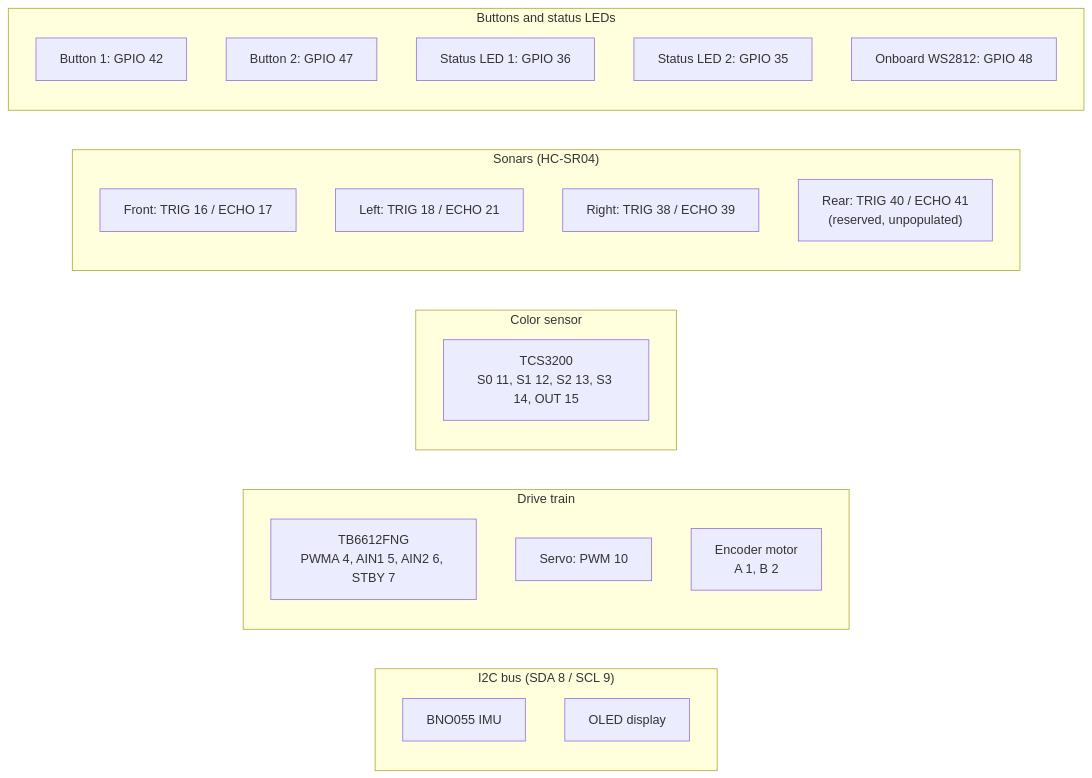
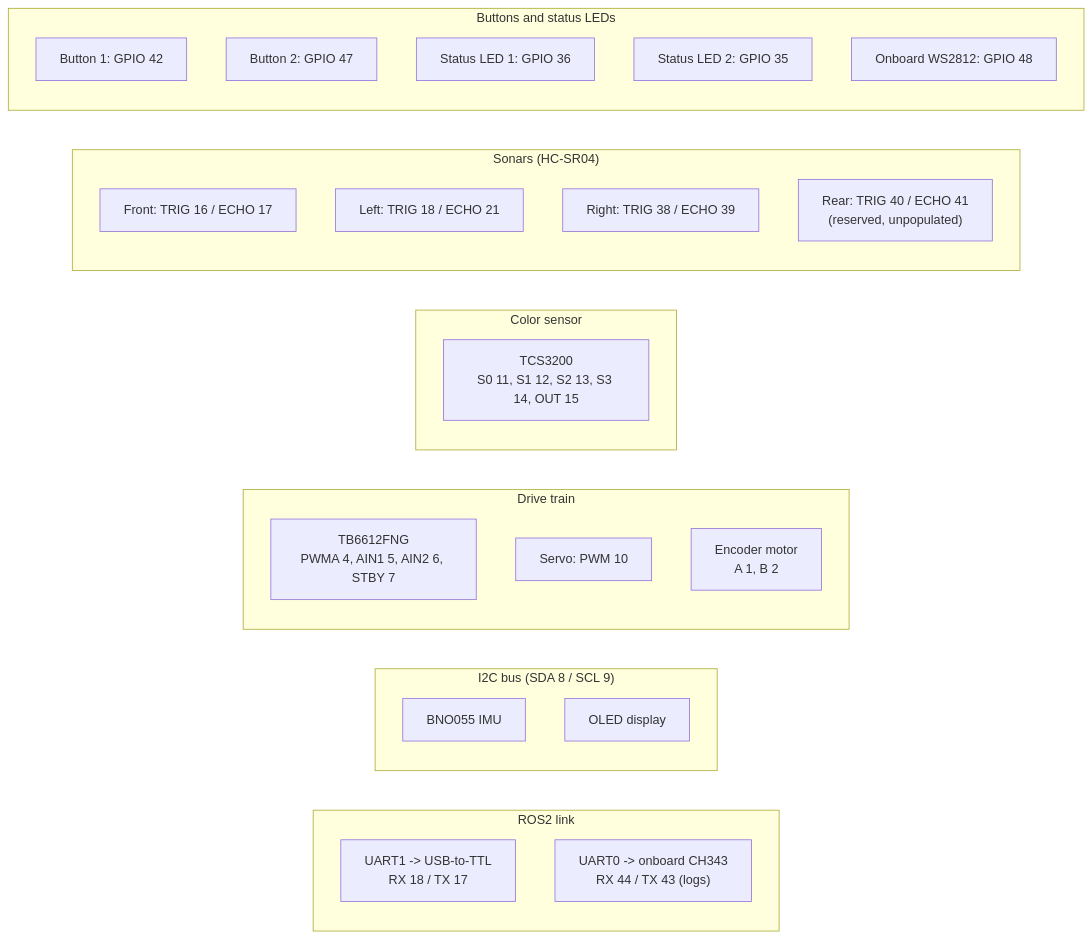
One commit to muztahiddurjoy/gorur_gari_2026 changed the diagram in firmware/pin-map.md. Above: the diagram before and after it, drawn with Mermaid. The commit also changed other lines of this file and 12 other files, not shown here.

````diff
--- a/firmware/pin-map.md
+++ b/firmware/pin-map.md
@@ -7,28 +7,32 @@
 ```mermaid
 flowchart LR
+    subgraph LINK["ROS2 link"]
+        UART["UART1 -> USB-to-TTL\nRX 18 / TX 17"]
+        LOG["UART0 -> onboard CH343\nRX 44 / TX 43 (logs)"]
+    end
     subgraph I2C["I2C bus (SDA 8 / SCL 9)"]
         IMU["BNO055 IMU"]
         OLED["OLED display"]
     end
     subgraph DRIVE["Drive train"]
         MOTOR["TB6612FNG\nPWMA 4, AIN1 5, AIN2 6, STBY 7"]
         SERVO["Servo: PWM 10"]
         ENC["Encoder motor\nA 1, B 2"]
     end
     subgraph COLOR["Color sensor"]
         TCS["TCS3200\nS0 11, S1 12, S2 13, S3 14, OUT 15"]
     end
     subgraph SONAR["Sonars (HC-SR04)"]
         SF["Front: TRIG 16 / ECHO 17"]
         SL["Left: TRIG 18 / ECHO 21"]
         SR["Right: TRIG 38 / ECHO 39"]
         SREAR["Rear: TRIG 40 / ECHO 41\n(reserved, unpopulated)"]
     end
     subgraph IO["Buttons and status LEDs"]
         B1["Button 1: GPIO 42"]
         B2["Button 2: GPIO 47"]
         L1["Status LED 1: GPIO 36"]
         L2["Status LED 2: GPIO 35"]
         L3["Onboard WS2812: GPIO 48"]
     end
 ```
````
